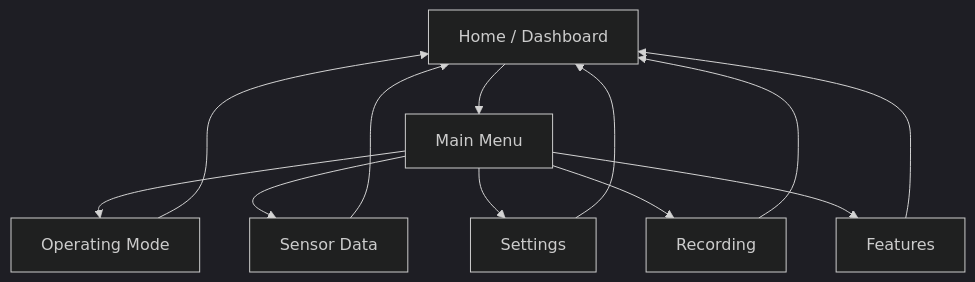
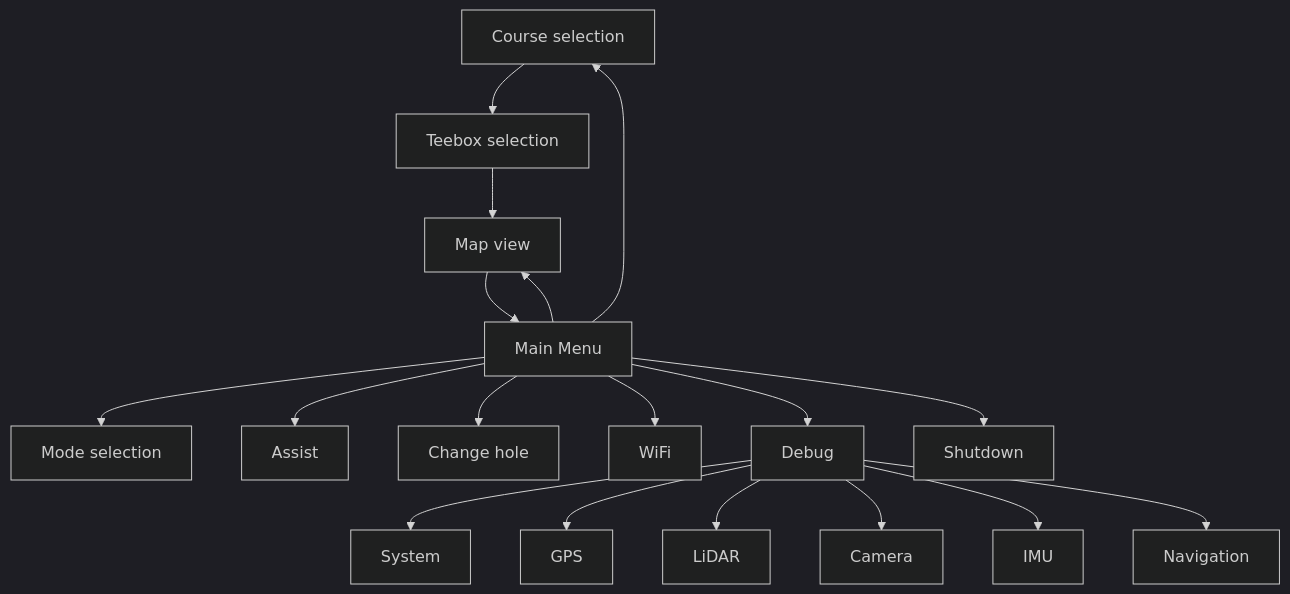
One commit to schmidt-daniel/golfcart-ai changed the diagram in docs/hmi-spec.md. Above: the diagram before and after it, drawn with Mermaid (dark theme). The commit also changed other lines of this file and 22 other files, not shown here.

````diff
--- a/docs/hmi-spec.md
+++ b/docs/hmi-spec.md
@@ -66,14 +104,20 @@
 ```mermaid
 flowchart TD
-    HOME[Home / Dashboard] --> MENU[Main Menu]
-    MENU --> MODE[Operating Mode]
-    MENU --> SENSORS[Sensor Data]
-    MENU --> SETTINGS[Settings]
-    MENU --> RECORD[Recording]
-    MENU --> FEATURES[Features]
-    MODE --> HOME
-    SENSORS --> HOME
-    SETTINGS --> HOME
-    RECORD --> HOME
-    FEATURES --> HOME
+    COURSE[Course selection] --> TEE[Teebox selection]
+    TEE --> MAP[Map view]
+    MAP --> MENU[Main Menu]
+    MENU --> MAP
+    MENU --> MODE[Mode selection]
+    MENU --> ASSIST[Assist]
+    MENU --> HOLE[Change hole]
+    MENU --> COURSE
+    MENU --> WIFI[WiFi]
+    MENU --> DEBUG[Debug]
+    MENU --> SHUTDOWN[Shutdown]
+    DEBUG --> SYS[System]
+    DEBUG --> GPS[GPS]
+    DEBUG --> LIDAR[LiDAR]
+    DEBUG --> CAM[Camera]
+    DEBUG --> IMU[IMU]
+    DEBUG --> NAV[Navigation]
 ```
````
